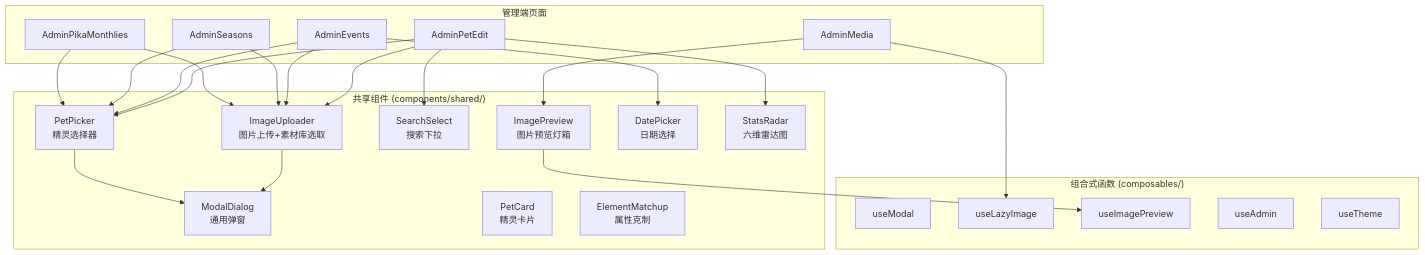
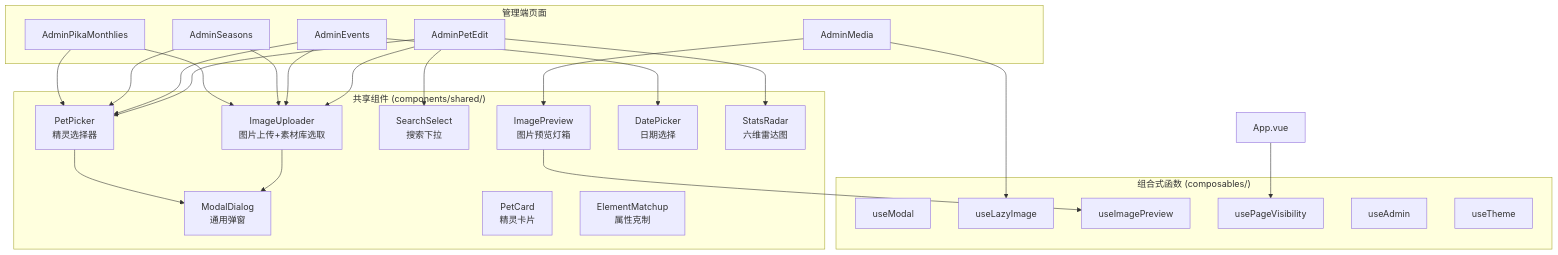
One commit to eachyczhang/-RocoTools changed diagram 12 of 12 in docs/ARCHITECTURE.md. Above: the diagram before and after it, drawn with Mermaid. The commit also changed other lines of this file and 1 other file, not shown here.

Commit message:
docs: 更新知识文档收录近期改动 - ARCHITECTURE.md: 添加特性管理路由/API、usePageVisibility composable、更新日期 - ADMIN_RULES.md: 新增多形态同步规则、特性管理规则、页面可见性恢复机制、请求超时机制、Express中间件顺序规范、Nginx ^~优先级说明

````diff
--- a/docs/ARCHITECTURE.md
+++ b/docs/ARCHITECTURE.md
@@ -577,48 +579,51 @@
 ```mermaid
 graph TD
     subgraph SharedComponents["共享组件 (components/shared/)"]
         ImageUploader["ImageUploader<br/>图片上传+素材库选取"]
         ImagePreview["ImagePreview<br/>图片预览灯箱"]
         ModalDialog["ModalDialog<br/>通用弹窗"]
         SearchSelect["SearchSelect<br/>搜索下拉"]
         PetPicker["PetPicker<br/>精灵选择器"]
         PetCard["PetCard<br/>精灵卡片"]
         DatePicker["DatePicker<br/>日期选择"]
         StatsRadar["StatsRadar<br/>六维雷达图"]
         ElementMatchup["ElementMatchup<br/>属性克制"]
     end
 
     subgraph AdminViews["管理端页面"]
         AdminPetEdit2["AdminPetEdit"]
         AdminEvents2["AdminEvents"]
         AdminSeasons2["AdminSeasons"]
         AdminPika2["AdminPikaMonthlies"]
         AdminMedia2["AdminMedia"]
     end
 
     subgraph Composables["组合式函数 (composables/)"]
         useModal["useModal"]
         useLazyImage["useLazyImage"]
         useImagePreview["useImagePreview"]
+        usePageVisibility["usePageVisibility"]
         useAdmin["useAdmin"]
         useTheme["useTheme"]
     end
 
     AdminPetEdit2 --> ImageUploader
     AdminPetEdit2 --> PetPicker
     AdminPetEdit2 --> SearchSelect
     AdminPetEdit2 --> StatsRadar
     AdminEvents2 --> DatePicker
     AdminEvents2 --> PetPicker
     AdminEvents2 --> ImageUploader
     AdminSeasons2 --> PetPicker
     AdminSeasons2 --> ImageUploader
     AdminPika2 --> PetPicker
     AdminPika2 --> ImageUploader
     AdminMedia2 --> ImagePreview
 
     ImageUploader --> ModalDialog
     PetPicker --> ModalDialog
     ImagePreview --> useImagePreview
     AdminMedia2 --> useLazyImage
+
+    App_vue["App.vue"] --> usePageVisibility
 ```
````
